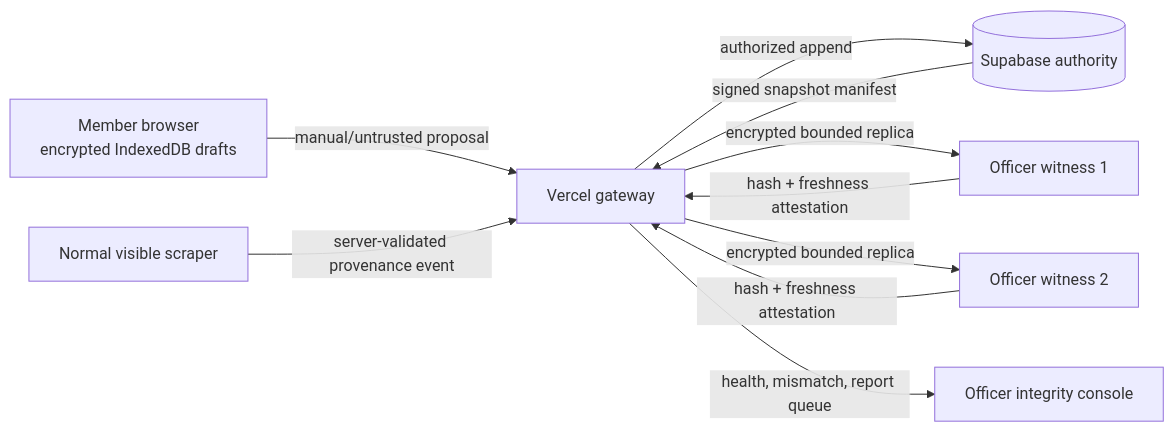
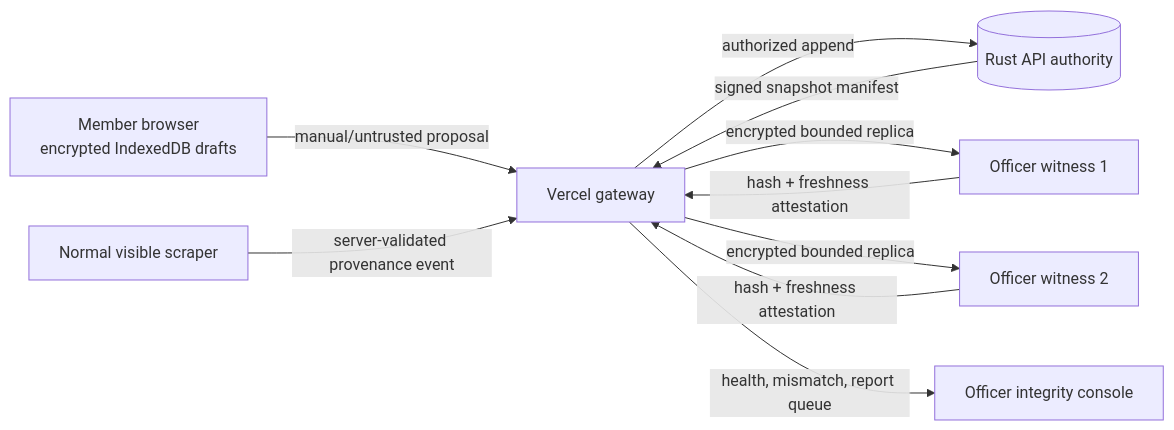
One commit to PyTorchPH/pytorchph.github.io changed the diagram in docs/HYBRID-TRUST-ARCHITECTURE.md. Above: the diagram before and after it, drawn with Mermaid. The commit also changed other lines of this file and 25 other files, not shown here.

Commit message:
docs: describe the Rust API instead of Supabase

````diff
--- a/docs/HYBRID-TRUST-ARCHITECTURE.md
+++ b/docs/HYBRID-TRUST-ARCHITECTURE.md
@@ -22,12 +22,12 @@
 ```mermaid
 flowchart LR
   M[Member browser\nencrypted IndexedDB drafts] -->|manual/untrusted proposal| V[Vercel gateway]
   S[Normal visible scraper] -->|server-validated provenance event| V
-  V -->|authorized append| DB[(Supabase authority)]
+  V -->|authorized append| DB[(Rust API authority)]
   DB -->|signed snapshot manifest| V
   V -->|encrypted bounded replica| O1[Officer witness 1]
   V -->|encrypted bounded replica| O2[Officer witness 2]
   O1 -->|hash + freshness attestation| V
   O2 -->|hash + freshness attestation| V
   V -->|health, mismatch, report queue| OC[Officer integrity console]
 ```
````
